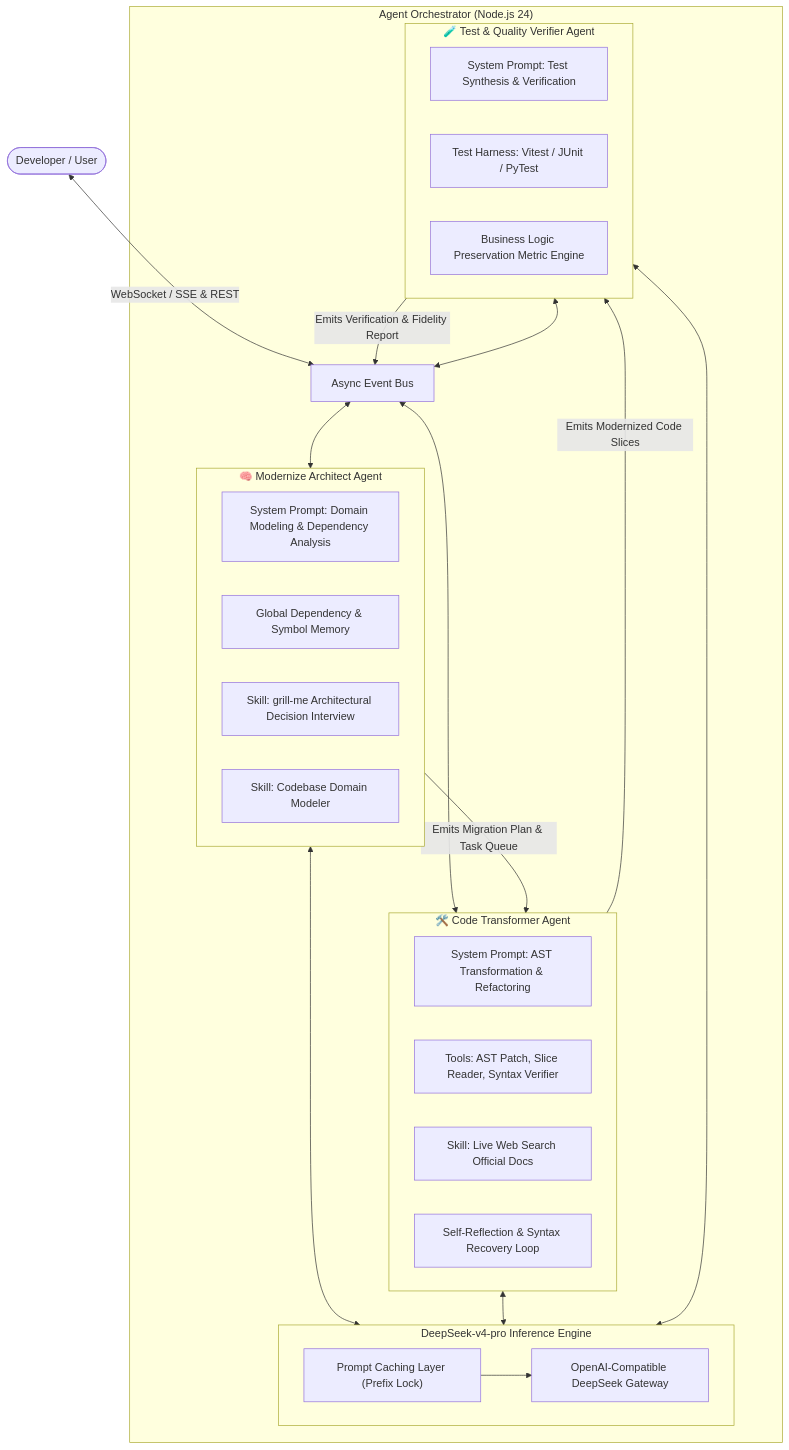
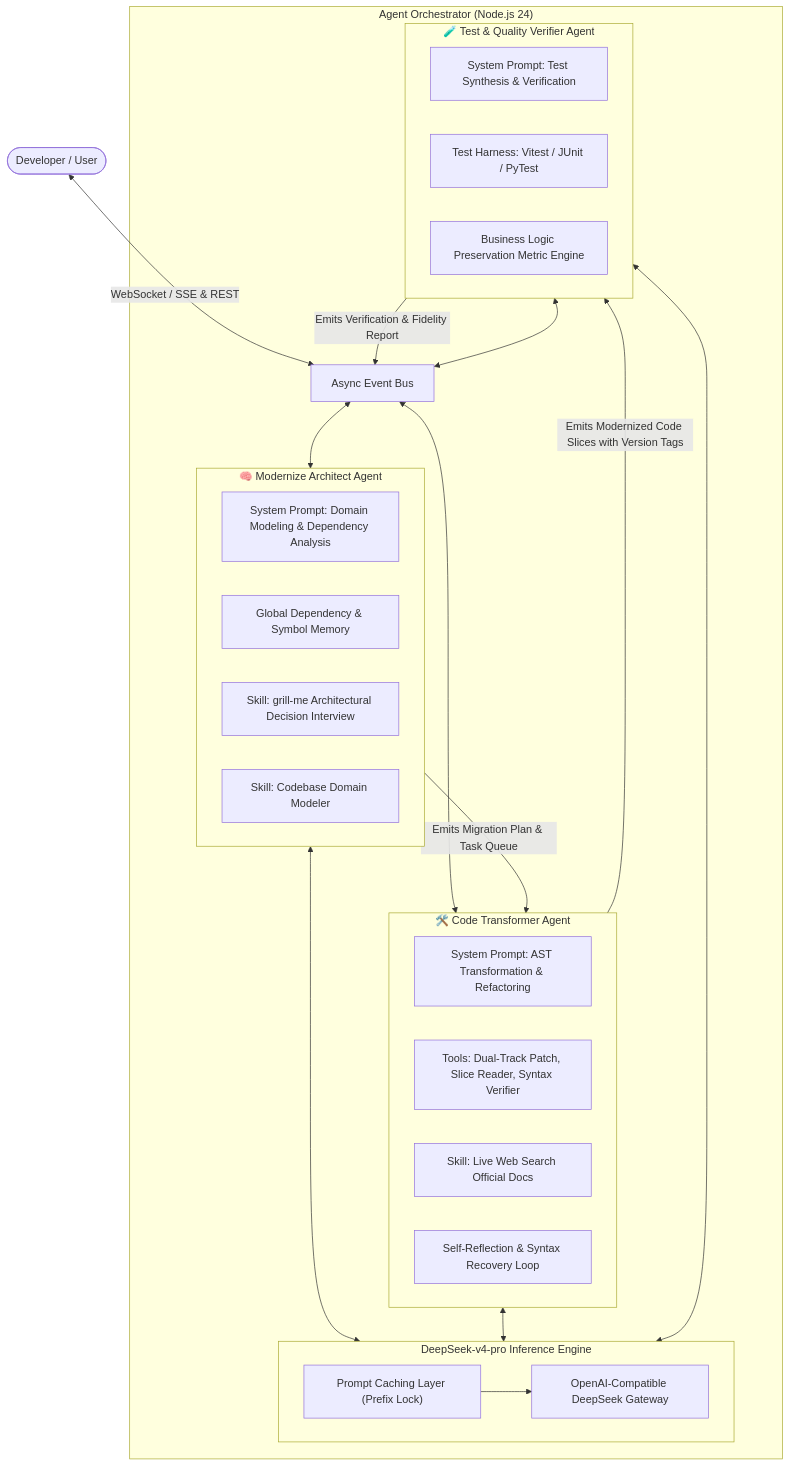
Before and after one commit to SakuraCianna/LegacyCodeModernizer: the first of 3 diagrams in docs/agent-orchestration.md, drawn with Mermaid. The commit also changed other lines of this file and 3 other files, not shown here.

````diff
--- a/docs/agent-orchestration.md
+++ b/docs/agent-orchestration.md
@@ -13,47 +13,47 @@
 ```mermaid
 graph TD
     User(["Developer / User"])
 
     subgraph Orchestration ["Agent Orchestrator (Node.js 24)"]
         EventBus["Async Event Bus"]
 
         subgraph ArchAgent ["🧠 Modernize Architect Agent"]
             A_Prompt["System Prompt: Domain Modeling & Dependency Analysis"]
             A_Memory["Global Dependency & Symbol Memory"]
             A_Skill1["Skill: grill-me Architectural Decision Interview"]
             A_Skill2["Skill: Codebase Domain Modeler"]
         end
 
         subgraph TransAgent ["🛠️ Code Transformer Agent"]
             T_Prompt["System Prompt: AST Transformation & Refactoring"]
-            T_Tools["Tools: AST Patch, Slice Reader, Syntax Verifier"]
+            T_Tools["Tools: Dual-Track Patch, Slice Reader, Syntax Verifier"]
             T_Skill3["Skill: Live Web Search Official Docs"]
             T_Reflection["Self-Reflection & Syntax Recovery Loop"]
         end
 
         subgraph TestAgent ["🧪 Test & Quality Verifier Agent"]
             Q_Prompt["System Prompt: Test Synthesis & Verification"]
             Q_Harness["Test Harness: Vitest / JUnit / PyTest"]
             Q_Scorer["Business Logic Preservation Metric Engine"]
         end
 
         subgraph LLM_Engine ["DeepSeek-v4-pro Inference Engine"]
             Cache["Prompt Caching Layer (Prefix Lock)"]
             Client["OpenAI-Compatible DeepSeek Gateway"]
             Cache --> Client
         end
     end
 
     User <-->|WebSocket / SSE & REST| EventBus
     EventBus <--> ArchAgent
     EventBus <--> TransAgent
     EventBus <--> TestAgent
 
     ArchAgent -->|Emits Migration Plan & Task Queue| TransAgent
-    TransAgent -->|Emits Modernized Code Slices| TestAgent
+    TransAgent -->|Emits Modernized Code Slices with Version Tags| TestAgent
     TestAgent -->|Emits Verification & Fidelity Report| EventBus
 
     ArchAgent <--> LLM_Engine
     TransAgent <--> LLM_Engine
     TestAgent <--> LLM_Engine
 ```
````
